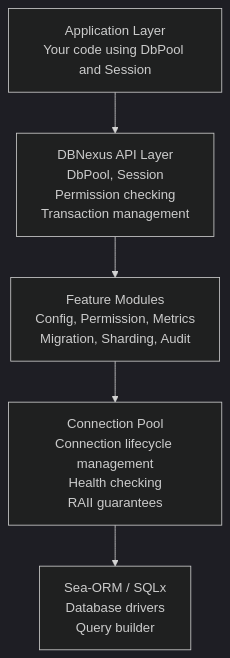
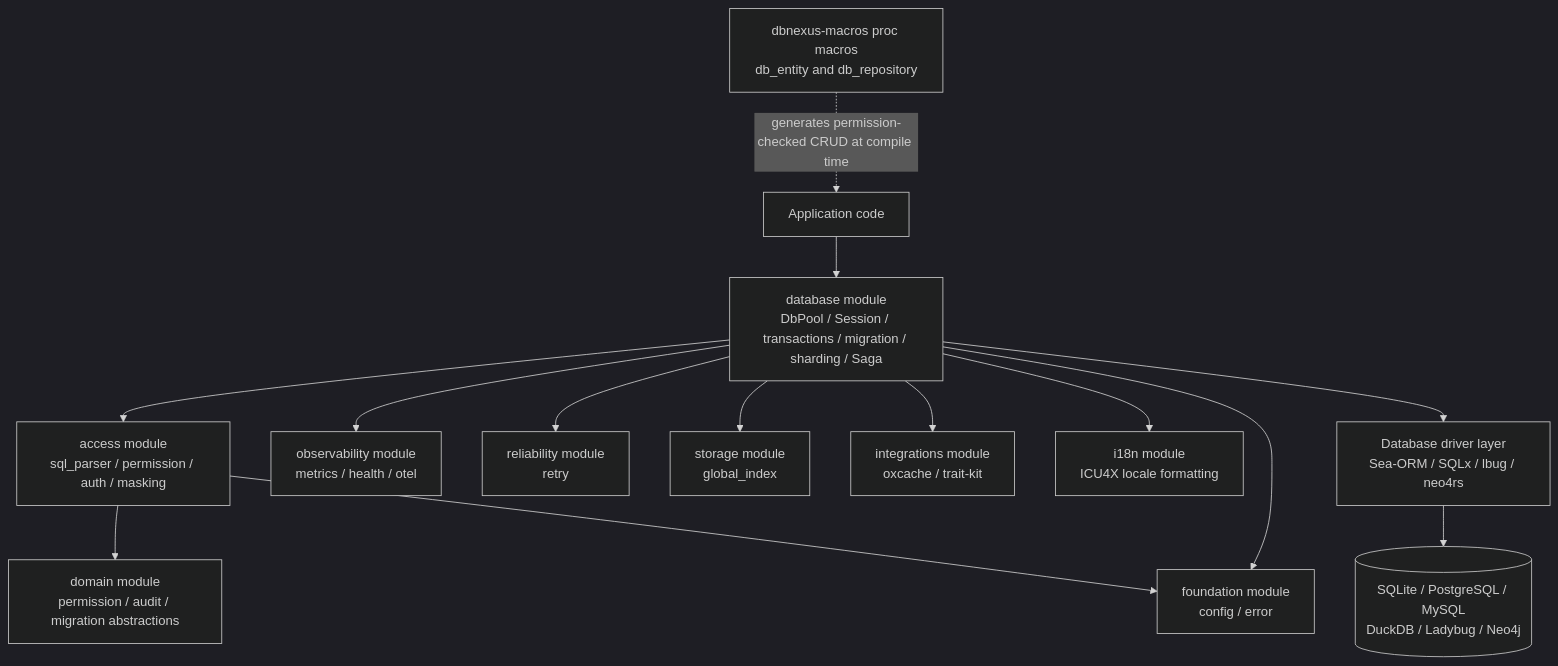
The first of 2 diagrams in README_EN.md (Kirky-X/dbnexus), drawn with Mermaid (dark theme) before and after one commit. The commit also changed other lines of this file and 1 other file, not shown here.

Commit message:
docs(dbnexus): 重写中英双语 README — 架构 flowchart 与 Session::execute_raw 安全管道时序图、67 个特性全表、能力按核心基座/聚合/企业级三层重组、性能基线表对齐 PERFORMANCE.md 2026-09-11 口径；修正 4→5 基准、12→15 all-optional 成员等过时数字

````diff
--- a/README_EN.md
+++ b/README_EN.md
@@ -466,7 +468,30 @@
 ```mermaid
-graph TD
-    A[Application Layer<br/>Your code using DbPool and Session] --> B[DBNexus API Layer<br/>DbPool, Session<br/>Permission checking<br/>Transaction management]
-    B --> C[Feature Modules<br/>Config, Permission, Metrics<br/>Migration, Sharding, Audit]
-    C --> D[Connection Pool<br/>Connection lifecycle management<br/>Health checking<br/>RAII guarantees]
-    D --> E[Sea-ORM / SQLx<br/>Database drivers<br/>Query builder]
+flowchart TD
+    APP["Application code"]
+    MAC["dbnexus-macros proc macros<br/>db_entity and db_repository"]
+    API["database module<br/>DbPool / Session / transactions / migration / sharding / Saga"]
+    ACC["access module<br/>sql_parser / permission / auth / masking"]
+    DOM["domain module<br/>permission / audit / migration abstractions"]
+    OBS["observability module<br/>metrics / health / otel"]
+    REL["reliability module<br/>retry"]
+    STO["storage module<br/>global_index"]
+    INT["integrations module<br/>oxcache / trait-kit"]
+    I18N["i18n module<br/>ICU4X locale formatting"]
+    FND["foundation module<br/>config / error"]
+    DRV["Database driver layer<br/>Sea-ORM / SQLx / lbug / neo4rs"]
+    DB[("SQLite / PostgreSQL / MySQL<br/>DuckDB / Ladybug / Neo4j")]
+
+    MAC -.->|generates permission-checked CRUD at compile time| APP
+    APP --> API
+    API --> ACC
+    ACC --> DOM
+    API --> OBS
+    API --> REL
+    API --> STO
+    API --> INT
+    API --> I18N
+    ACC --> FND
+    API --> FND
+    API --> DRV
+    DRV --> DB
 ```
````
